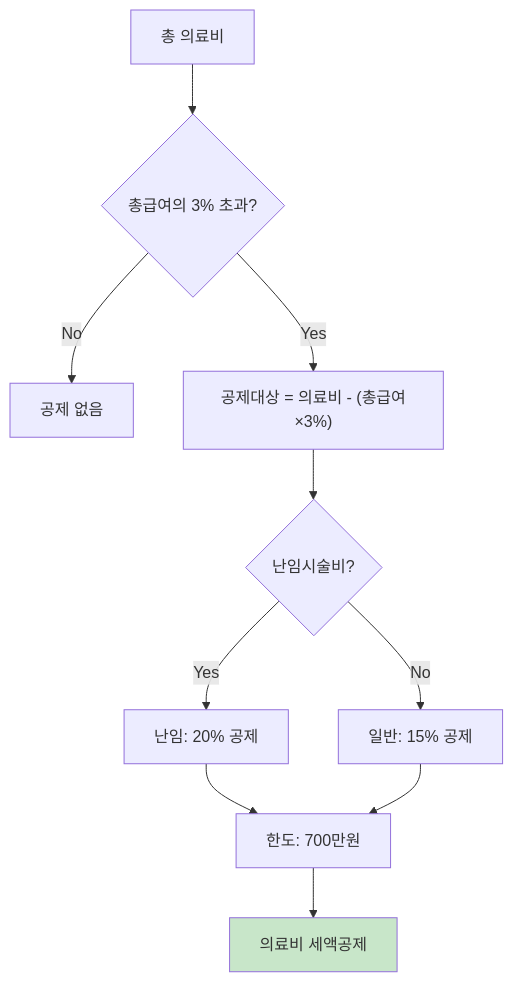
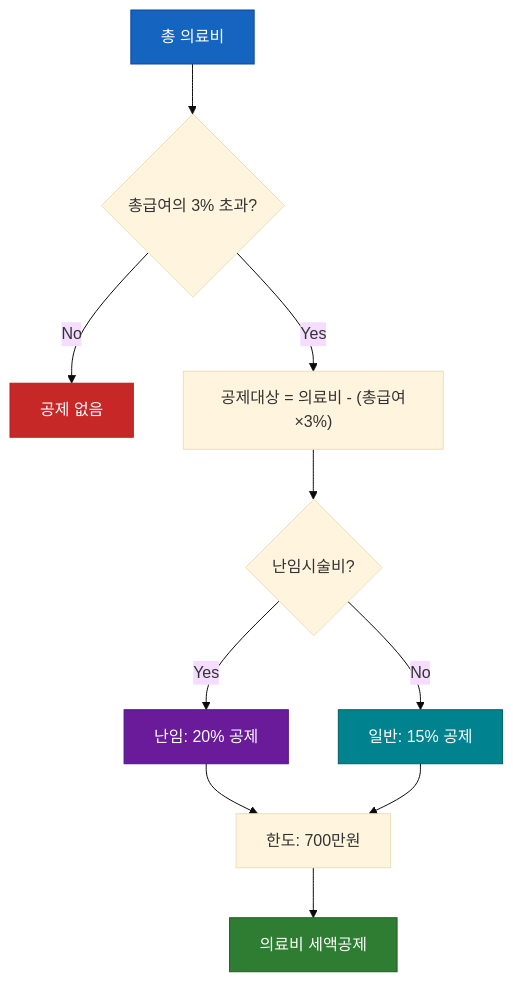
One commit to Z-3000/fina_r changed diagram 11 of 18 in docs/세금로직_플로우차트.md. Above: the diagram before and after it, drawn with Mermaid. The commit also changed other lines of this file, not shown here.

````diff
--- a/docs/세금로직_플로우차트.md
+++ b/docs/세금로직_플로우차트.md
@@ -393,15 +436,20 @@
 ```mermaid
+%%{init: {'theme': 'base'}}%%
 flowchart TD
     A[총 의료비] --> B{총급여의 3% 초과?}
     B -->|No| C[공제 없음]
     B -->|Yes| D["공제대상 = 의료비 - (총급여×3%)"]
 
     D --> E{난임시술비?}
     E -->|Yes| F["난임: 20% 공제"]
     E -->|No| G["일반: 15% 공제"]
 
     F & G --> H["한도: 700만원"]
     H --> I[의료비 세액공제]
 
-    style I fill:#c8e6c9
+    style A fill:#1565c0,stroke:#0d47a1,color:#fff
+    style I fill:#2e7d32,stroke:#1b5e20,color:#fff
+    style C fill:#c62828,stroke:#b71c1c,color:#fff
+    style F fill:#6a1b9a,stroke:#4a148c,color:#fff
+    style G fill:#00838f,stroke:#006064,color:#fff
 ```
````
